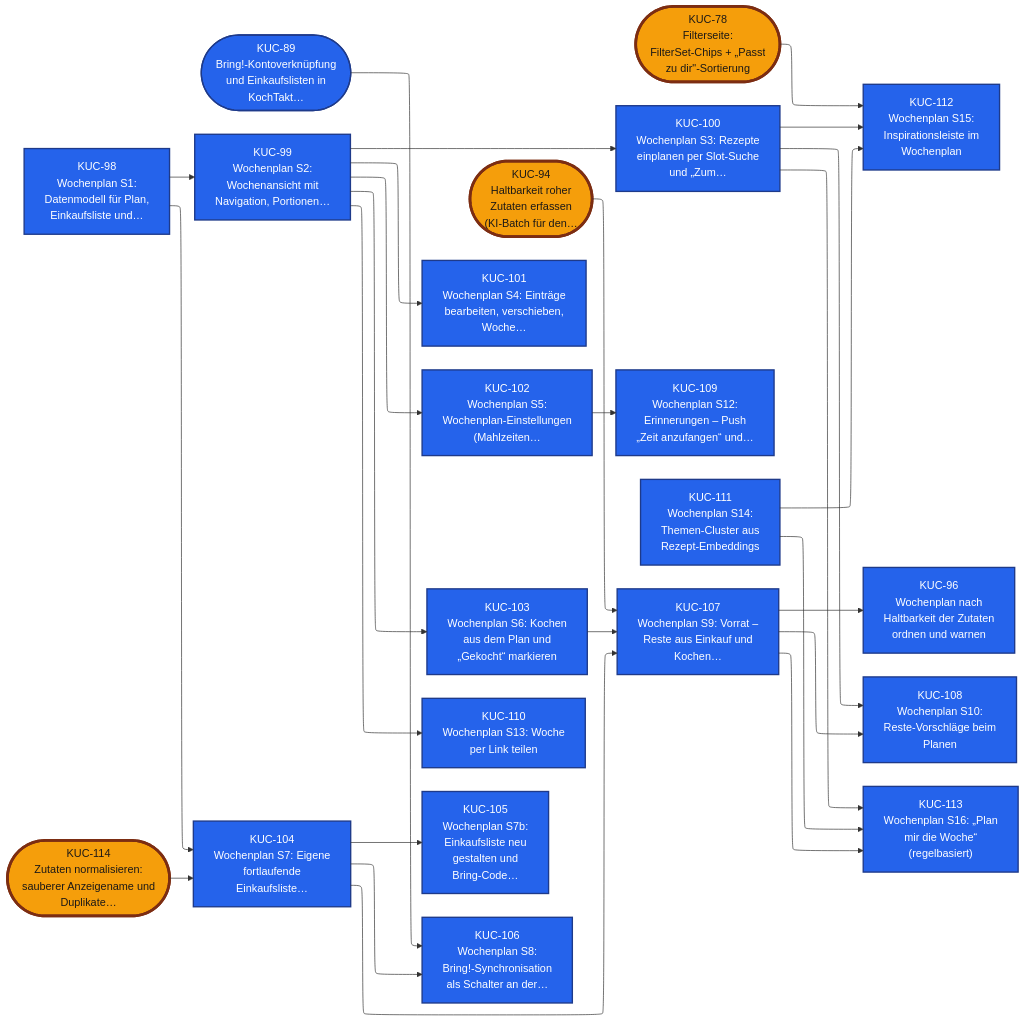
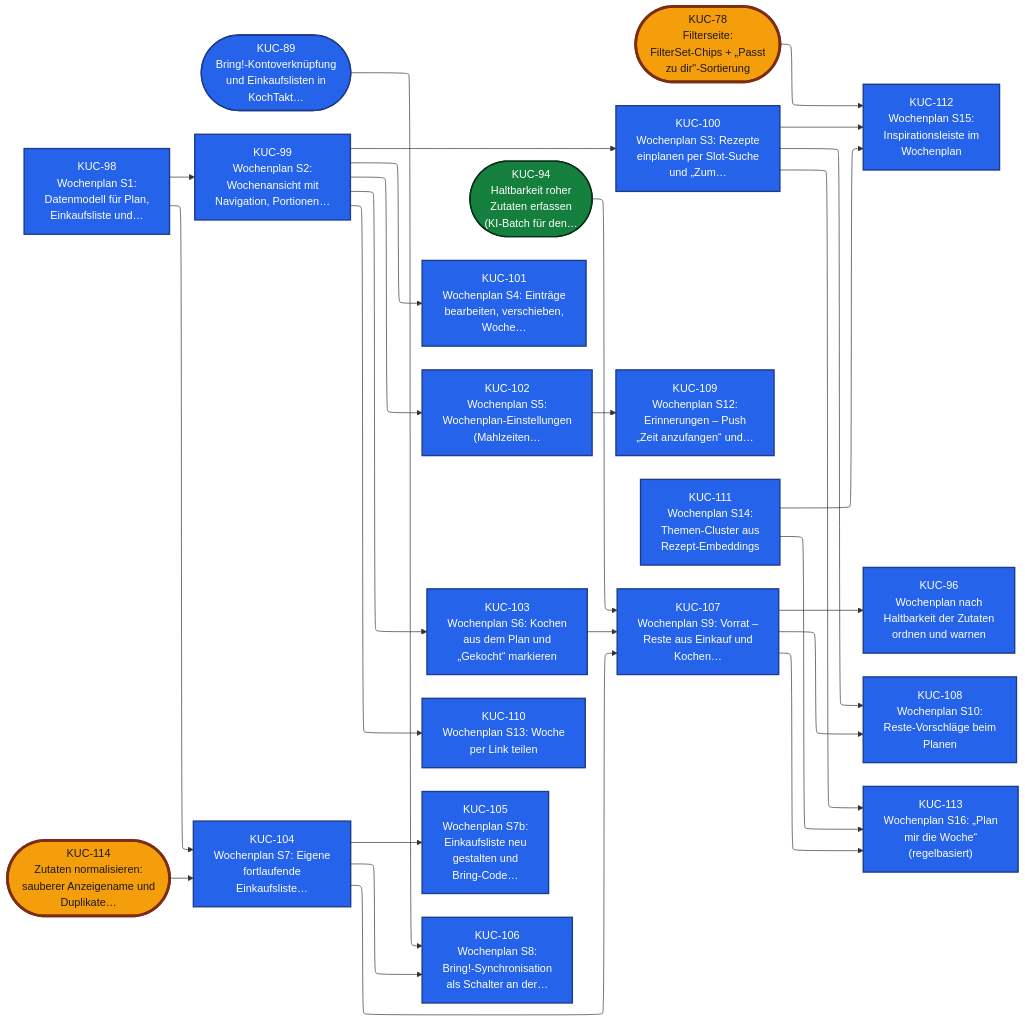
One commit to isntfunny/kitchenpace changed the fifth of 5 diagrams in GAMEPLAN.md. Above: the diagram before and after it, drawn with Mermaid. The commit also changed other lines of this file, not shown here.

Commit message:
docs: regenerate GAMEPLAN.md after the 2026-11-21 release (KUC-88, KUC-94, KUC-115, KUC-116 done)

````diff
--- a/GAMEPLAN.md
+++ b/GAMEPLAN.md
@@ -157,77 +157,77 @@
 ```mermaid
 %%{init: {"flowchart": {"defaultRenderer": "elk"}}}%%
 flowchart LR
     KUC78(["KUC-78<br/>Filterseite:<br/>FilterSet-Chips + „Passt<br/>zu dir#quot;-Sortierung"]):::doing
     KUC89(["KUC-89<br/>Bring!-Kontoverknüpfung<br/>und Einkaufslisten in<br/>KochTakt…"]):::todo
-    KUC94(["KUC-94<br/>Haltbarkeit roher<br/>Zutaten erfassen<br/>#40;KI-Batch für den…"]):::doing
+    KUC94(["KUC-94<br/>Haltbarkeit roher<br/>Zutaten erfassen<br/>#40;KI-Batch für den…"]):::done
     KUC98["KUC-98<br/>Wochenplan S1:<br/>Datenmodell für Plan,<br/>Einkaufsliste und…"]:::todo
     KUC99["KUC-99<br/>Wochenplan S2:<br/>Wochenansicht mit<br/>Navigation, Portionen…"]:::todo
     KUC100["KUC-100<br/>Wochenplan S3: Rezepte<br/>einplanen per Slot-Suche<br/>und „Zum…"]:::todo
     KUC101["KUC-101<br/>Wochenplan S4: Einträge<br/>bearbeiten, verschieben,<br/>Woche…"]:::todo
     KUC102["KUC-102<br/>Wochenplan S5:<br/>Wochenplan-Einstellungen<br/>#40;Mahlzeiten…"]:::todo
     KUC103["KUC-103<br/>Wochenplan S6: Kochen<br/>aus dem Plan und<br/>„Gekocht“ markieren"]:::todo
     KUC109["KUC-109<br/>Wochenplan S12:<br/>Erinnerungen – Push<br/>„Zeit anzufangen“ und…"]:::todo
     KUC110["KUC-110<br/>Wochenplan S13: Woche<br/>per Link teilen"]:::todo
     KUC111["KUC-111<br/>Wochenplan S14:<br/>Themen-Cluster aus<br/>Rezept-Embeddings"]:::todo
     KUC112["KUC-112<br/>Wochenplan S15:<br/>Inspirationsleiste im<br/>Wochenplan"]:::todo
     KUC114(["KUC-114<br/>Zutaten normalisieren:<br/>sauberer Anzeigename und<br/>Duplikate…"]):::doing
     KUC104["KUC-104<br/>Wochenplan S7: Eigene<br/>fortlaufende<br/>Einkaufsliste…"]:::todo
     KUC105["KUC-105<br/>Wochenplan S7b:<br/>Einkaufsliste neu<br/>gestalten und<br/>Bring-Code…"]:::todo
     KUC106["KUC-106<br/>Wochenplan S8:<br/>Bring!-Synchronisation<br/>als Schalter an der…"]:::todo
     KUC107["KUC-107<br/>Wochenplan S9: Vorrat –<br/>Reste aus Einkauf und<br/>Kochen…"]:::todo
     KUC96["KUC-96<br/>Wochenplan nach<br/>Haltbarkeit der Zutaten<br/>ordnen und warnen"]:::todo
     KUC108["KUC-108<br/>Wochenplan S10:<br/>Reste-Vorschläge beim<br/>Planen"]:::todo
     KUC113["KUC-113<br/>Wochenplan S16: „Plan<br/>mir die Woche“<br/>#40;regelbasiert#41;"]:::todo
     KUC78 --> KUC112
     KUC89 --> KUC106
     KUC94 --> KUC107
     KUC98 --> KUC99
     KUC98 --> KUC104
     KUC99 --> KUC100
     KUC99 --> KUC101
     KUC99 --> KUC102
     KUC99 --> KUC103
     KUC99 --> KUC110
     KUC100 --> KUC108
     KUC100 --> KUC112
     KUC100 --> KUC113
     KUC102 --> KUC109
     KUC103 --> KUC107
     KUC104 --> KUC105
     KUC104 --> KUC106
     KUC104 --> KUC107
     KUC107 --> KUC96
     KUC107 --> KUC108
     KUC107 --> KUC113
     KUC111 --> KUC112
     KUC111 --> KUC113
     KUC114 --> KUC104
     click KUC78 "https://youtrack.tecfriends.de/issue/KUC-78"
     click KUC89 "https://youtrack.tecfriends.de/issue/KUC-89"
     click KUC94 "https://youtrack.tecfriends.de/issue/KUC-94"
     click KUC96 "https://youtrack.tecfriends.de/issue/KUC-96"
     click KUC98 "https://youtrack.tecfriends.de/issue/KUC-98"
     click KUC99 "https://youtrack.tecfriends.de/issue/KUC-99"
     click KUC100 "https://youtrack.tecfriends.de/issue/KUC-100"
     click KUC101 "https://youtrack.tecfriends.de/issue/KUC-101"
     click KUC102 "https://youtrack.tecfriends.de/issue/KUC-102"
     click KUC103 "https://youtrack.tecfriends.de/issue/KUC-103"
     click KUC104 "https://youtrack.tecfriends.de/issue/KUC-104"
     click KUC105 "https://youtrack.tecfriends.de/issue/KUC-105"
     click KUC106 "https://youtrack.tecfriends.de/issue/KUC-106"
     click KUC107 "https://youtrack.tecfriends.de/issue/KUC-107"
     click KUC108 "https://youtrack.tecfriends.de/issue/KUC-108"
     click KUC109 "https://youtrack.tecfriends.de/issue/KUC-109"
     click KUC110 "https://youtrack.tecfriends.de/issue/KUC-110"
     click KUC111 "https://youtrack.tecfriends.de/issue/KUC-111"
     click KUC112 "https://youtrack.tecfriends.de/issue/KUC-112"
     click KUC113 "https://youtrack.tecfriends.de/issue/KUC-113"
     click KUC114 "https://youtrack.tecfriends.de/issue/KUC-114"
     classDef ideas fill:#f3e8ff,stroke:#7e22ce,color:#3b0764,stroke-dasharray:2 4
     classDef backlog fill:#f1f5f9,stroke:#64748b,color:#0f172a,stroke-dasharray:6 4
     classDef todo fill:#2563eb,stroke:#1e3a8a,color:#ffffff,stroke-width:2px
     classDef doing fill:#f59e0b,stroke:#7c2d12,color:#1c1917,stroke-width:4px
     classDef done fill:#15803d,stroke:#052e16,color:#ffffff,stroke-width:2px
     classDef wontdo fill:#fee2e2,stroke:#b91c1c,color:#450a0a,stroke-dasharray:2 2
     classDef unknown fill:#ffffff,stroke:#6b7280,color:#111827,stroke-dasharray:1 3
 ```
````
